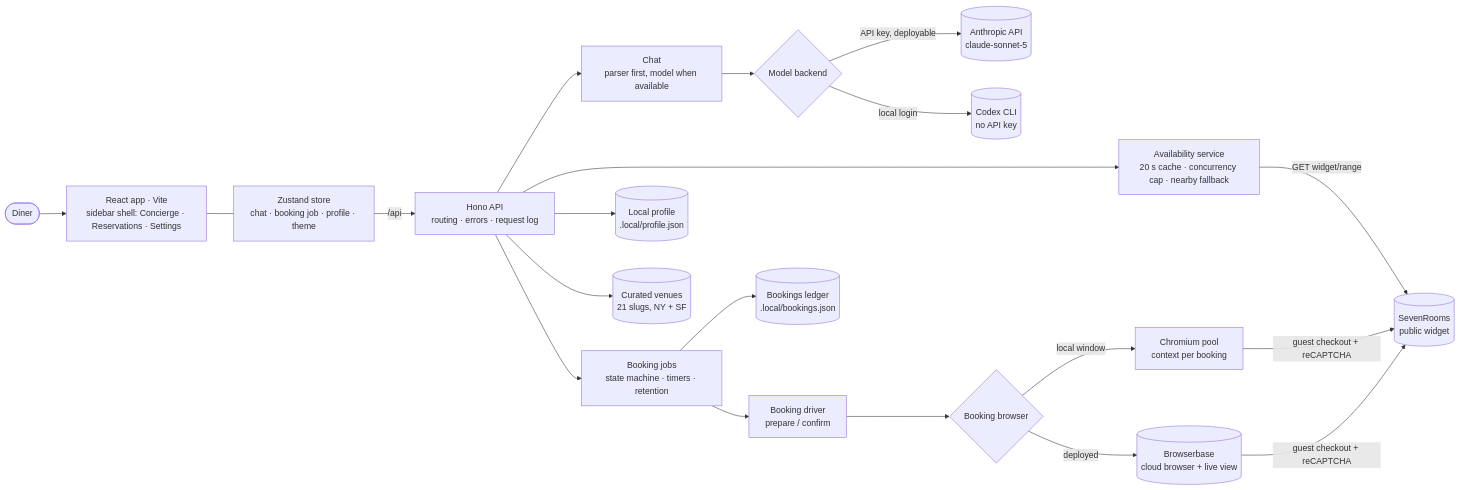
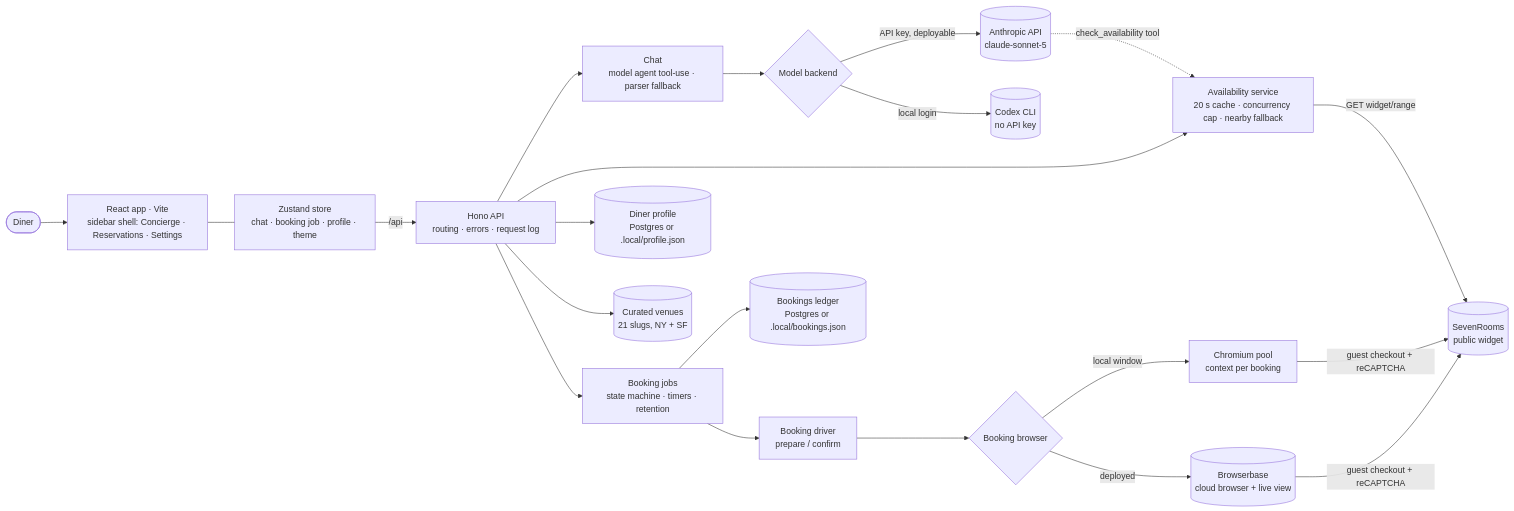
Before and after one commit to Dileep2896/pearl-table-concierge: the first of 7 diagrams in ARCHITECTURE.md, drawn with Mermaid. The commit also changed other lines of this file and 16 other files, not shown here.

````diff
--- a/ARCHITECTURE.md
+++ b/ARCHITECTURE.md
@@ -9,22 +9,23 @@
 ```mermaid
 flowchart LR
   D([Diner]) --> UI[React app · Vite<br/>sidebar shell: Concierge · Reservations · Settings]
   UI --- ST[Zustand store<br/>chat · booking job · profile · theme]
   ST -->|/api| API[Hono API<br/>routing · errors · request log]
-  API --> CH[Chat<br/>parser first, model when available]
+  API --> CH[Chat<br/>model agent tool-use · parser fallback]
   CH --> AI{Model backend}
+  AN -.->|check_availability tool| AV
   AI -->|API key, deployable| AN[(Anthropic API<br/>claude-sonnet-5)]
   AI -->|local login| CX[(Codex CLI<br/>no API key)]
   API --> AV[Availability service<br/>20 s cache · concurrency cap · nearby fallback]
   AV -->|GET widget/range| SR[(SevenRooms<br/>public widget)]
   API --> JB[Booking jobs<br/>state machine · timers · retention]
   JB --> BK[Booking driver<br/>prepare / confirm]
   BK --> BR{Booking browser}
   BR -->|local window| BP[Chromium pool<br/>context per booking]
   BR -->|deployed| BB[(Browserbase<br/>cloud browser + live view)]
   BP -->|guest checkout + reCAPTCHA| SR
   BB -->|guest checkout + reCAPTCHA| SR
-  JB --> LG[(Bookings ledger<br/>.local/bookings.json)]
-  API --> PF[(Local profile<br/>.local/profile.json)]
+  JB --> LG[(Bookings ledger<br/>Postgres or .local/bookings.json)]
+  API --> PF[(Diner profile<br/>Postgres or .local/profile.json)]
   API --> VN[(Curated venues<br/>21 slugs, NY + SF)]
 ```
````
